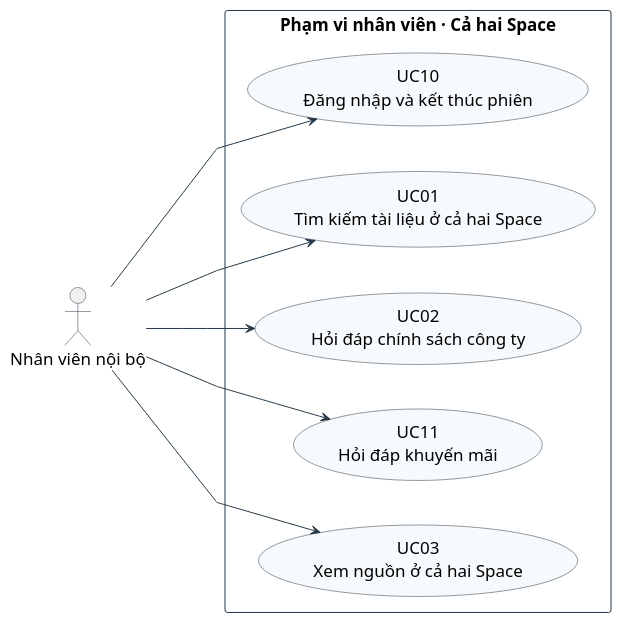
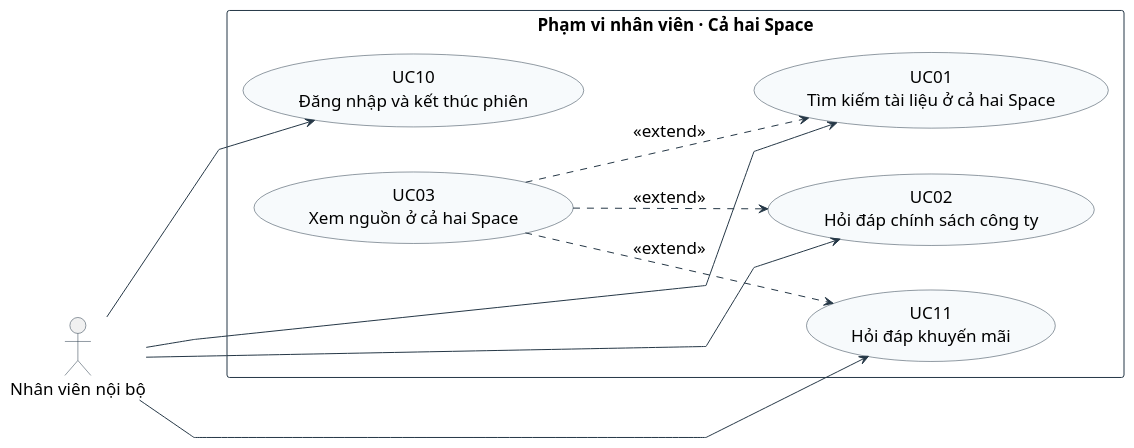
Before and after one commit to 21tuoino12trieu/Do-An-Ki-Su: the diagram in docs/use-cases/diagrams/02-usecase-nhan-vien.puml, drawn with PlantUML. The commit also changed 11 other files, not shown here.

```diff
--- a/docs/use-cases/diagrams/02-usecase-nhan-vien.puml
+++ b/docs/use-cases/diagrams/02-usecase-nhan-vien.puml
@@ -1,30 +1,32 @@
 @startuml 02-usecase-nhan-vien
 
 left to right direction
 skinparam shadowing false
 skinparam linetype polyline
 skinparam nodesep 45
 skinparam ranksep 95
 skinparam defaultFontName Arial
 skinparam defaultFontSize 17
 skinparam actorStyle stickman
 skinparam BackgroundColor white
 skinparam ArrowColor #253746
 skinparam usecaseBackgroundColor #F7FAFC
 skinparam usecaseBorderColor #253746
 skinparam rectangleBorderColor #253746
 skinparam actorBorderColor #253746
 actor "Nhân viên nội bộ" as NV
 rectangle "Phạm vi nhân viên · Cả hai Space" as INTERNAL {
   usecase "UC10\nĐăng nhập và kết thúc phiên" as N10
   usecase "UC01\nTìm kiếm tài liệu ở cả hai Space" as N01
   usecase "UC02\nHỏi đáp chính sách công ty" as N02
   usecase "UC11\nHỏi đáp khuyến mãi" as N11
   usecase "UC03\nXem nguồn ở cả hai Space" as N03
 }
 NV --> N10
 NV --> N01
 NV --> N02
 NV --> N11
-NV --> N03
+N03 ..> N01 : <<extend>>
+N03 ..> N02 : <<extend>>
+N03 ..> N11 : <<extend>>
 @enduml
```
